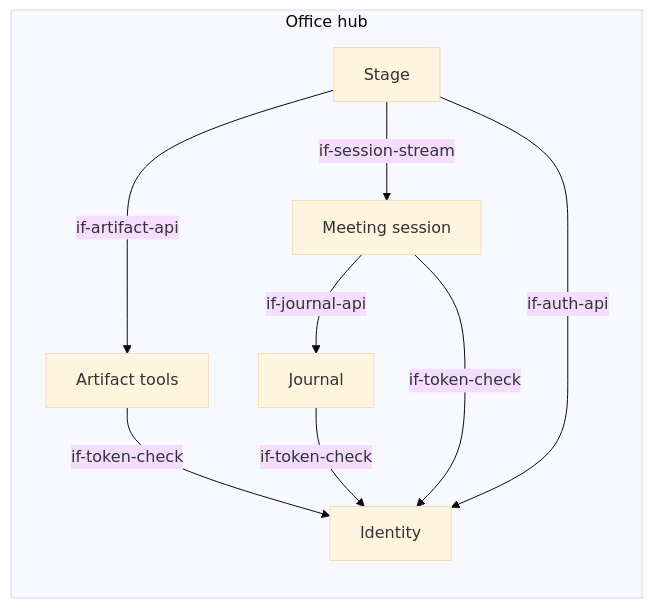
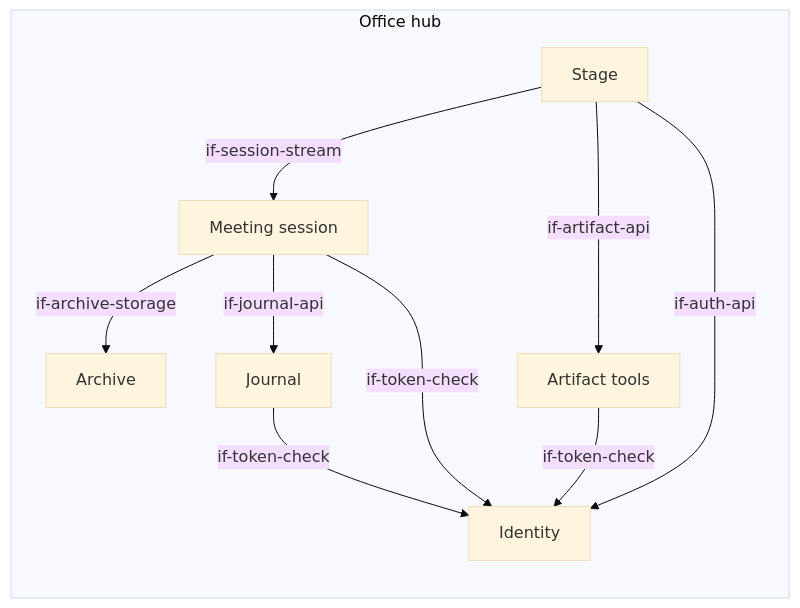
Before and after one commit to mrsimpson/agentic-office: the second of 3 diagrams in docs/architecture/05-building-blocks.arc42.md, drawn with Mermaid (base theme). The commit also changed other lines of this file and 25 other files, not shown here.

````diff
--- a/docs/architecture/05-building-blocks.arc42.md
+++ b/docs/architecture/05-building-blocks.arc42.md
@@ -63,17 +63,19 @@
 ```mermaid
 flowchart LR
     subgraph bb_office_hub [Office hub]
+        bb_archive[Archive]
         bb_artifact_service[Artifact tools]
         bb_identity[Identity]
         bb_journal[Journal]
         bb_session_service[Meeting session]
         bb_stage[Stage]
     end
     bb_artifact_service -->|if-token-check| bb_identity
     bb_journal -->|if-token-check| bb_identity
+    bb_session_service -->|if-archive-storage| bb_archive
     bb_session_service -->|if-journal-api| bb_journal
     bb_session_service -->|if-token-check| bb_identity
     bb_stage -->|if-session-stream| bb_session_service
     bb_stage -->|if-artifact-api| bb_artifact_service
     bb_stage -->|if-auth-api| bb_identity
 ```
````
